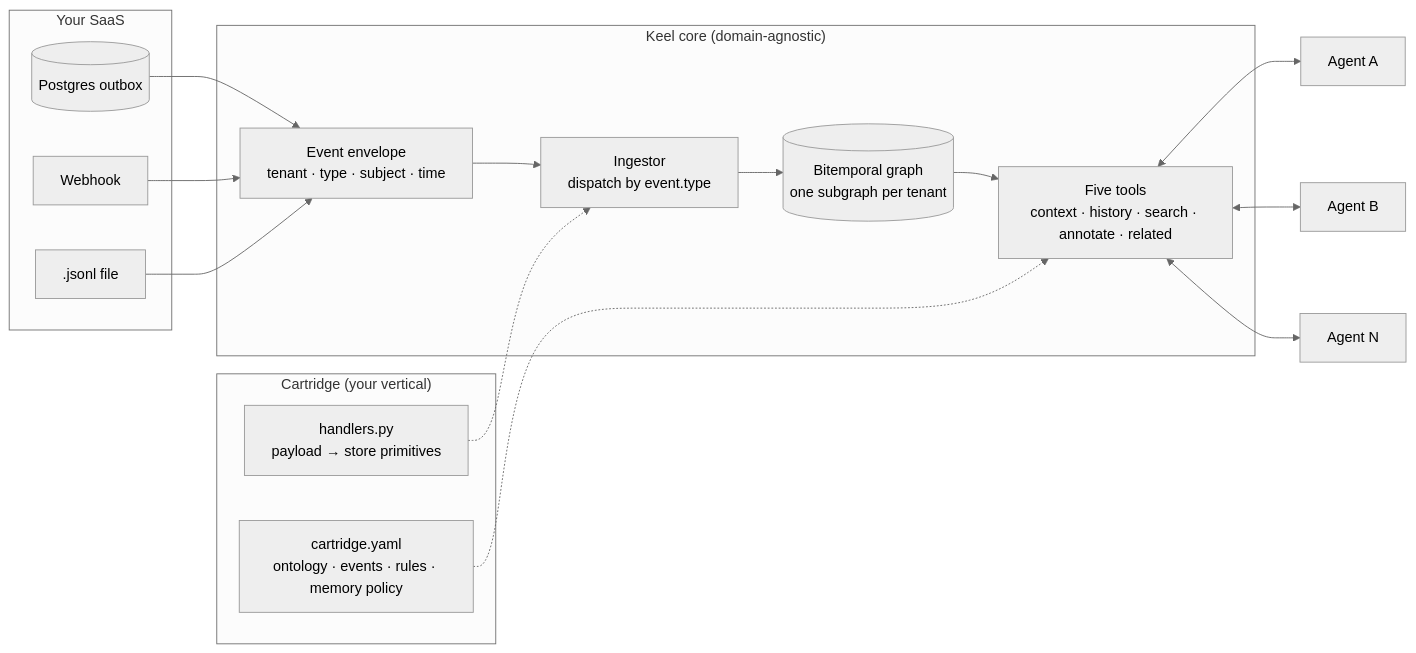
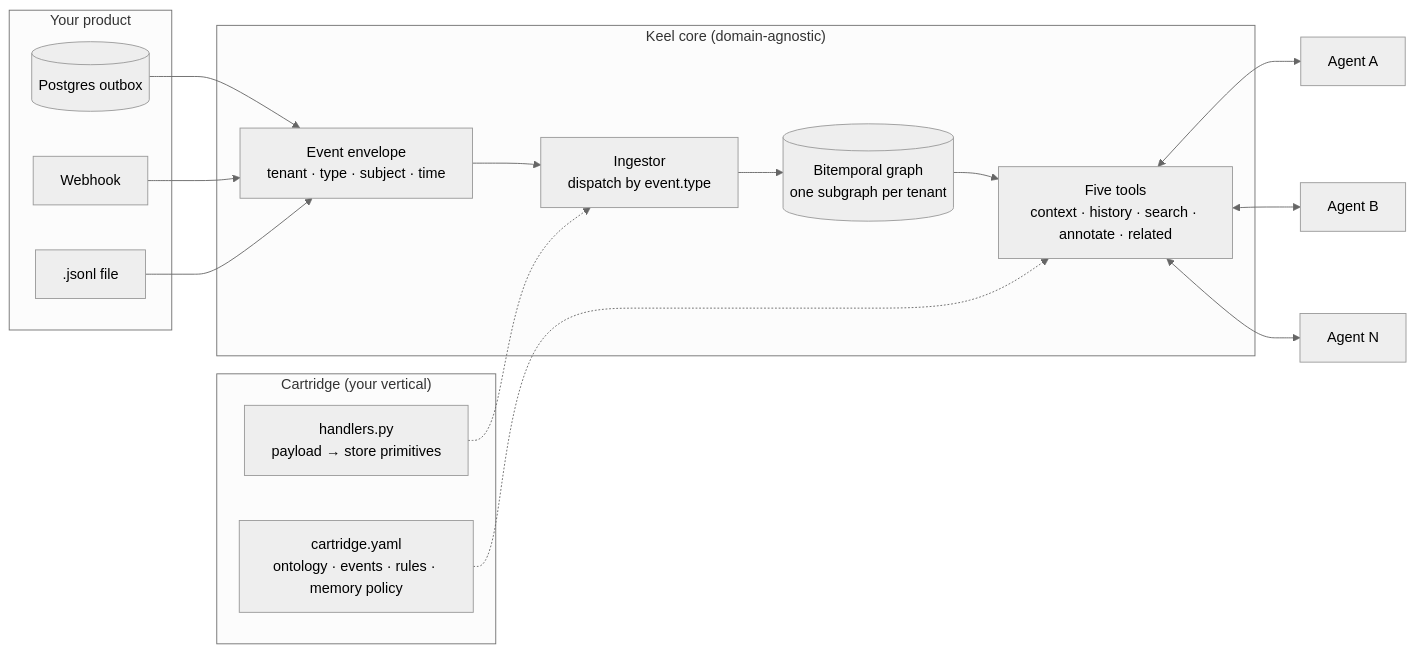
The diagram in docs/index.md (angelkurten/keel), drawn with Mermaid (neutral theme) before and after one commit. The commit also changed other lines of this file and 3 other files, not shown here.

First line of the commit message:
Describe Keel for any product with agents, not only vertical SaaS

````diff
--- a/docs/index.md
+++ b/docs/index.md
@@ -29,23 +29,23 @@
 ```mermaid
 flowchart LR
-    subgraph saas ["Your SaaS"]
+    subgraph saas ["Your product"]
         pg[("Postgres outbox")]
         wh["Webhook"]
         jl[".jsonl file"]
     end
     subgraph core ["Keel core (domain-agnostic)"]
         env["Event envelope<br/>tenant · type · subject · time"]
         ing["Ingestor<br/>dispatch by event.type"]
         store[("Bitemporal graph<br/>one subgraph per tenant")]
         tools["Five tools<br/>context · history · search · annotate · related"]
         env --> ing --> store --> tools
     end
     subgraph cart ["Cartridge (your vertical)"]
         yaml["cartridge.yaml<br/>ontology · events · rules · memory policy"]
         hand["handlers.py<br/>payload → store primitives"]
     end
     pg & wh & jl --> env
     hand -.-> ing
     yaml -.-> tools
     tools <--> a1["Agent A"] & a2["Agent B"] & a3["Agent N"]
 ```
````
